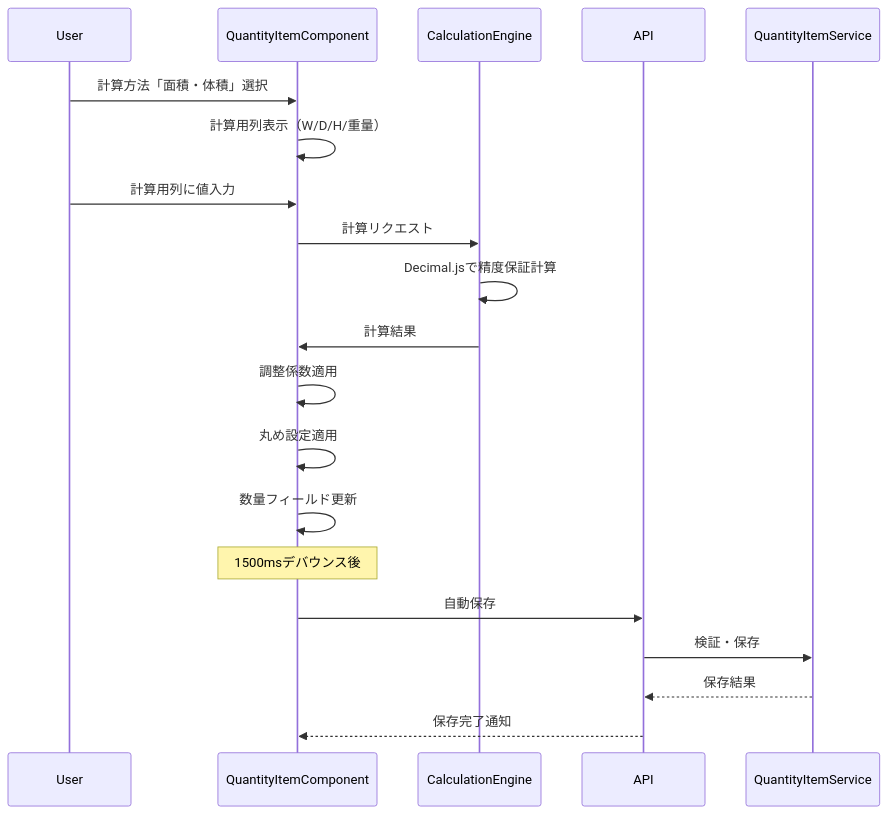
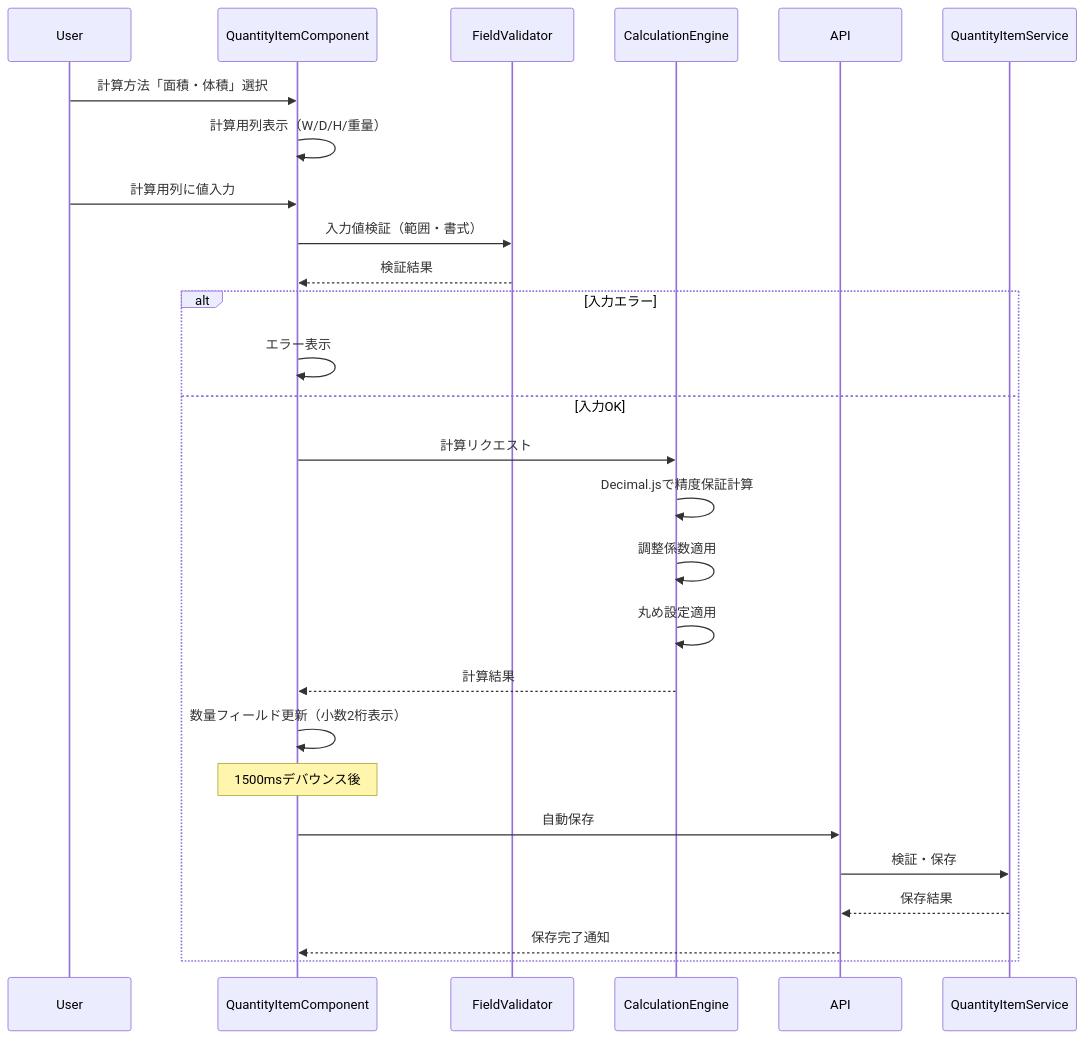
One commit to inakanou/ArchiTrack changed the second of 3 diagrams in .kiro/specs/quantity-table-generation/design.md. Above: the diagram before and after it, drawn with Mermaid. The commit also changed other lines of this file and 2 other files, not shown here.

````diff
--- a/.kiro/specs/quantity-table-generation/design.md
+++ b/.kiro/specs/quantity-table-generation/design.md
@@ -108,23 +114,30 @@
 ```mermaid
 sequenceDiagram
     participant User
     participant QuantityItemComponent
+    participant FieldValidator
     participant CalculationEngine
     participant API
     participant QuantityItemService
 
     User->>QuantityItemComponent: 計算方法「面積・体積」選択
     QuantityItemComponent->>QuantityItemComponent: 計算用列表示（W/D/H/重量）
     User->>QuantityItemComponent: 計算用列に値入力
-    QuantityItemComponent->>CalculationEngine: 計算リクエスト
-    CalculationEngine->>CalculationEngine: Decimal.jsで精度保証計算
-    CalculationEngine->>QuantityItemComponent: 計算結果
-    QuantityItemComponent->>QuantityItemComponent: 調整係数適用
-    QuantityItemComponent->>QuantityItemComponent: 丸め設定適用
-    QuantityItemComponent->>QuantityItemComponent: 数量フィールド更新
-    Note over QuantityItemComponent: 1500msデバウンス後
-    QuantityItemComponent->>API: 自動保存
-    API->>QuantityItemService: 検証・保存
-    QuantityItemService-->>API: 保存結果
-    API-->>QuantityItemComponent: 保存完了通知
+    QuantityItemComponent->>FieldValidator: 入力値検証（範囲・書式）
+    FieldValidator-->>QuantityItemComponent: 検証結果
+    alt 入力エラー
+        QuantityItemComponent->>QuantityItemComponent: エラー表示
+    else 入力OK
+        QuantityItemComponent->>CalculationEngine: 計算リクエスト
+        CalculationEngine->>CalculationEngine: Decimal.jsで精度保証計算
+        CalculationEngine->>CalculationEngine: 調整係数適用
+        CalculationEngine->>CalculationEngine: 丸め設定適用
+        CalculationEngine-->>QuantityItemComponent: 計算結果
+        QuantityItemComponent->>QuantityItemComponent: 数量フィールド更新（小数2桁表示）
+        Note over QuantityItemComponent: 1500msデバウンス後
+        QuantityItemComponent->>API: 自動保存
+        API->>QuantityItemService: 検証・保存
+        QuantityItemService-->>API: 保存結果
+        API-->>QuantityItemComponent: 保存完了通知
+    end
 ```
````
